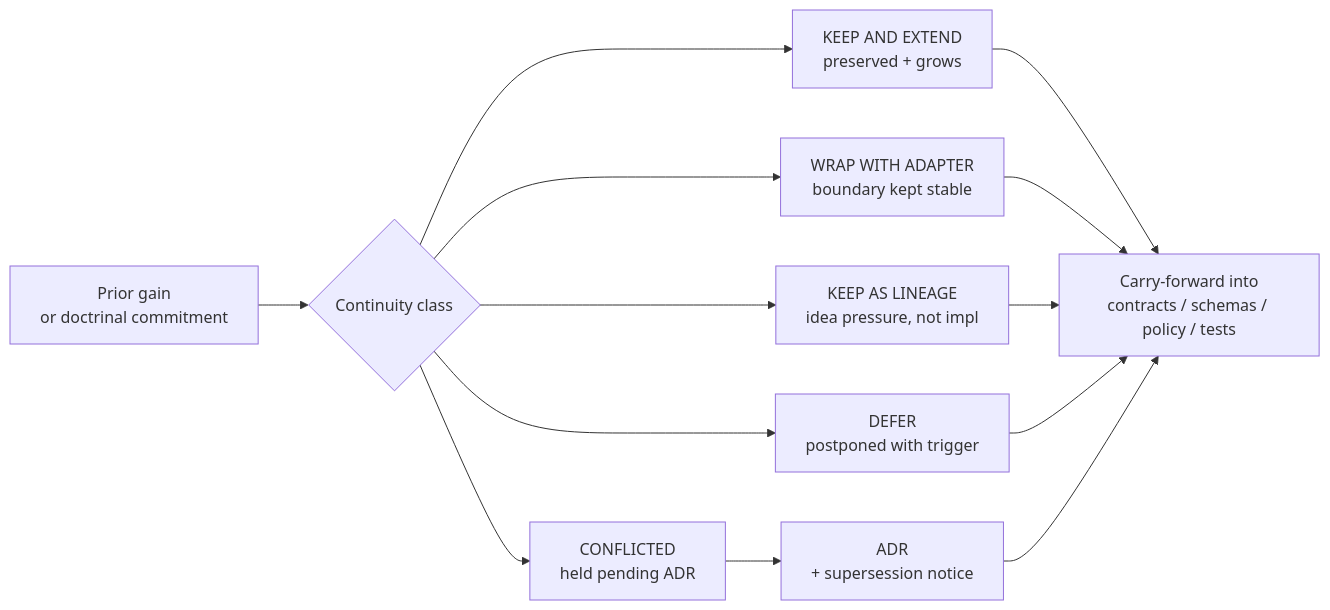
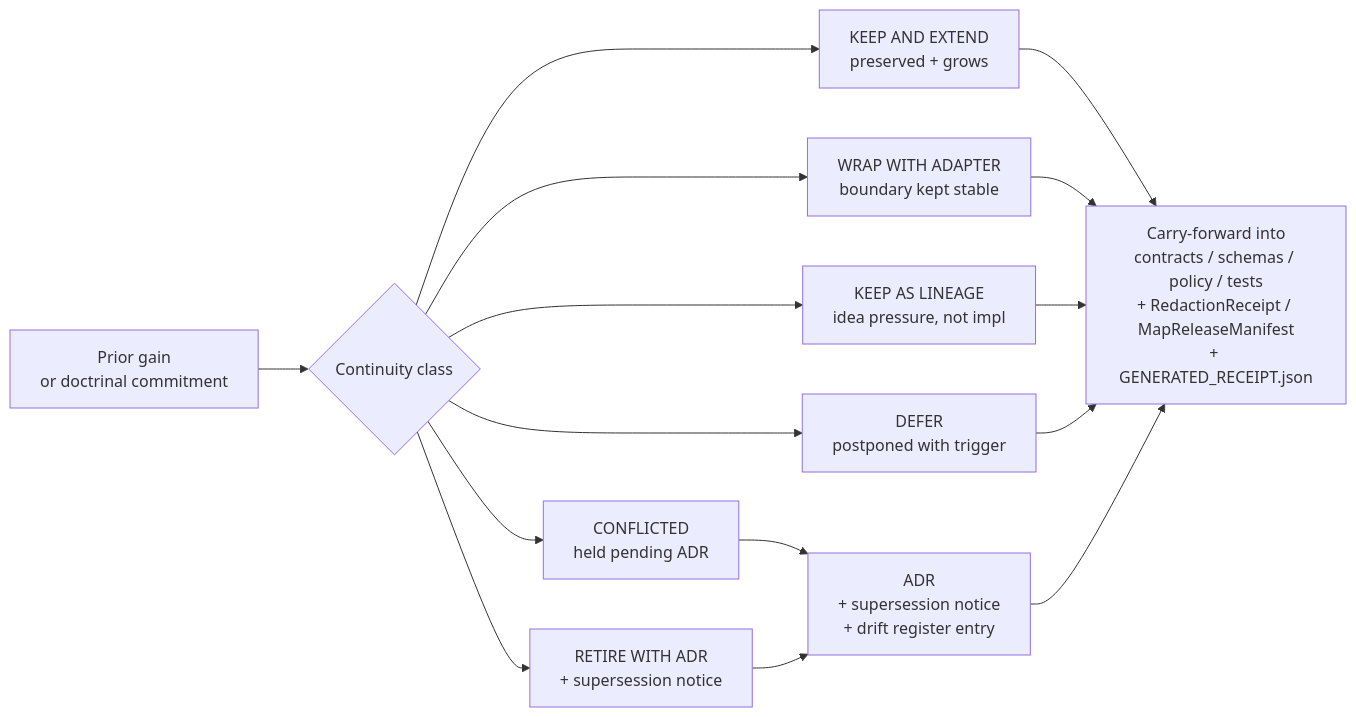
Before and after one commit to bartytime4life/Kansas-Frontier-Matrix: the first of 2 diagrams in docs/domains/archaeology/CONTINUITY_INVENTORY.md, drawn with Mermaid. The commit also changed other lines of this file, not shown here.

````diff
--- a/docs/domains/archaeology/CONTINUITY_INVENTORY.md
+++ b/docs/domains/archaeology/CONTINUITY_INVENTORY.md
@@ -175,18 +202,20 @@
 ```mermaid
 flowchart LR
     A[Prior gain<br/>or doctrinal commitment]
     B{Continuity class}
     C[KEEP AND EXTEND<br/>preserved + grows]
     D[WRAP WITH ADAPTER<br/>boundary kept stable]
     E[KEEP AS LINEAGE<br/>idea pressure, not impl]
     F[DEFER<br/>postponed with trigger]
     G[CONFLICTED<br/>held pending ADR]
-    H[Carry-forward into<br/>contracts / schemas / policy / tests]
-    I[ADR<br/>+ supersession notice]
+    R[RETIRE WITH ADR<br/>+ supersession notice]
+    H[Carry-forward into<br/>contracts / schemas / policy / tests<br/>+ RedactionReceipt / MapReleaseManifest<br/>+ GENERATED_RECEIPT.json]
+    I[ADR<br/>+ supersession notice<br/>+ drift register entry]
     A --> B
     B --> C --> H
     B --> D --> H
     B --> E --> H
     B --> F --> H
     B --> G --> I --> H
+    B --> R --> I
 ```
````
